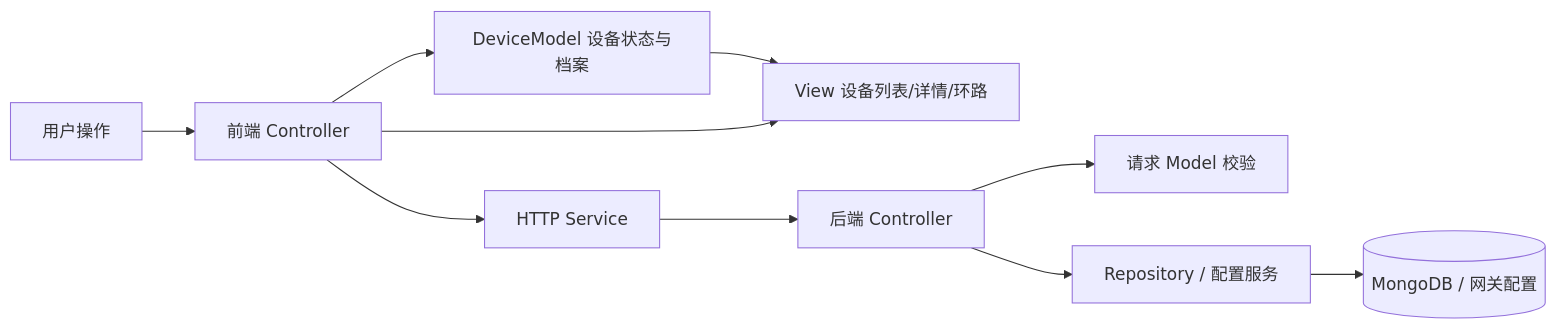
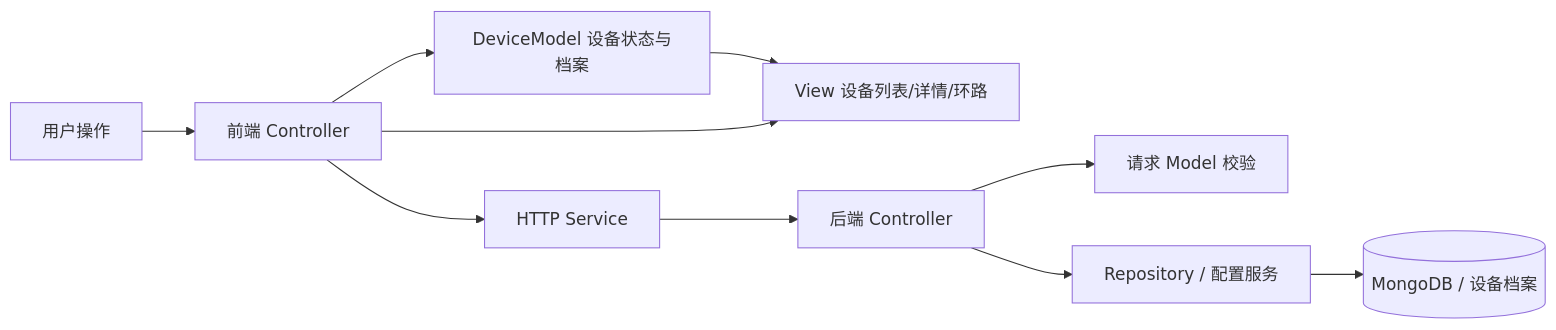
One commit to robinshie/Esp-diag changed the diagram in docs/management-mvc.md. Above: the diagram before and after it, drawn with Mermaid. The commit also changed other lines of this file and 227 other files, not shown here.

````diff
--- a/docs/management-mvc.md
+++ b/docs/management-mvc.md
@@ -6,12 +6,12 @@
 ```mermaid
 flowchart LR
   User[用户操作] --> C[前端 Controller]
   C --> M[DeviceModel 设备状态与档案]
   M --> V[View 设备列表/详情/环路]
   C --> V
   C --> S[HTTP Service]
   S --> BC[后端 Controller]
   BC --> BM[请求 Model 校验]
   BC --> R[Repository / 配置服务]
-  R --> DB[(MongoDB / 网关配置)]
+  R --> DB[(MongoDB / 设备档案)]
 ```
````
